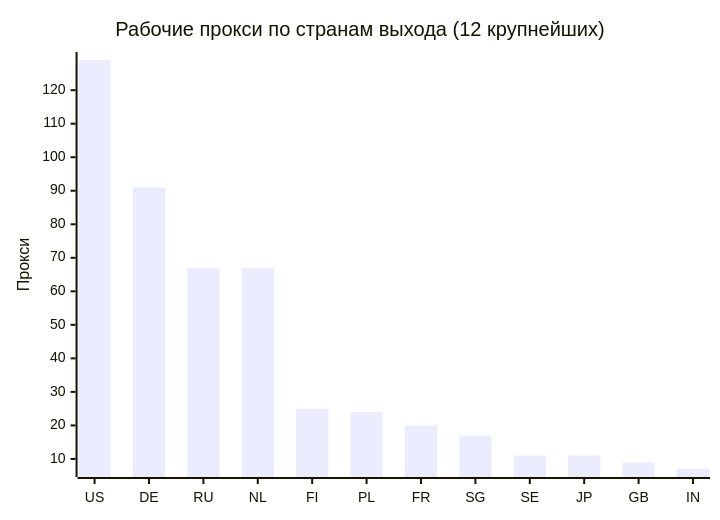
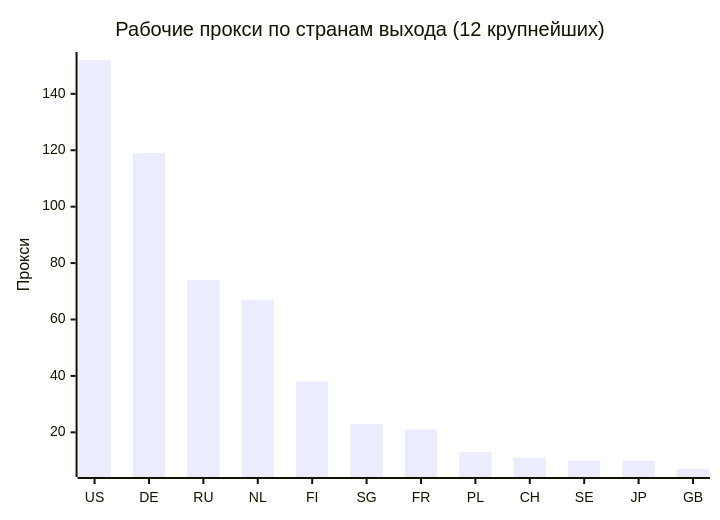
The second of 4 diagrams in README.md (rvvg/proxy-subs), drawn with Mermaid before and after one commit. The commit also changed other lines of this file and 48 other files, not shown here.

````diff
--- a/README.md
+++ b/README.md
@@ -128,7 +125,7 @@
 ```mermaid
 xychart-beta
     title "Рабочие прокси по странам выхода (12 крупнейших)"
-    x-axis ["US", "DE", "RU", "NL", "FI", "PL", "FR", "SG", "SE", "JP", "GB", "IN"]
+    x-axis ["US", "DE", "RU", "NL", "FI", "SG", "FR", "PL", "CH", "SE", "JP", "GB"]
     y-axis "Прокси"
-    bar [129, 91, 67, 67, 25, 24, 20, 17, 11, 11, 9, 7]
+    bar [152, 119, 74, 67, 38, 23, 21, 13, 11, 10, 10, 7]
 ```
````
